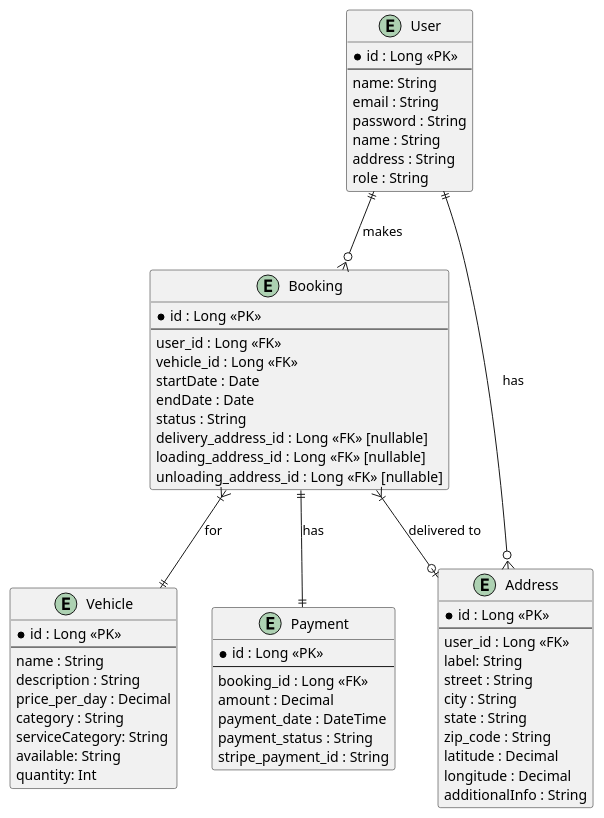
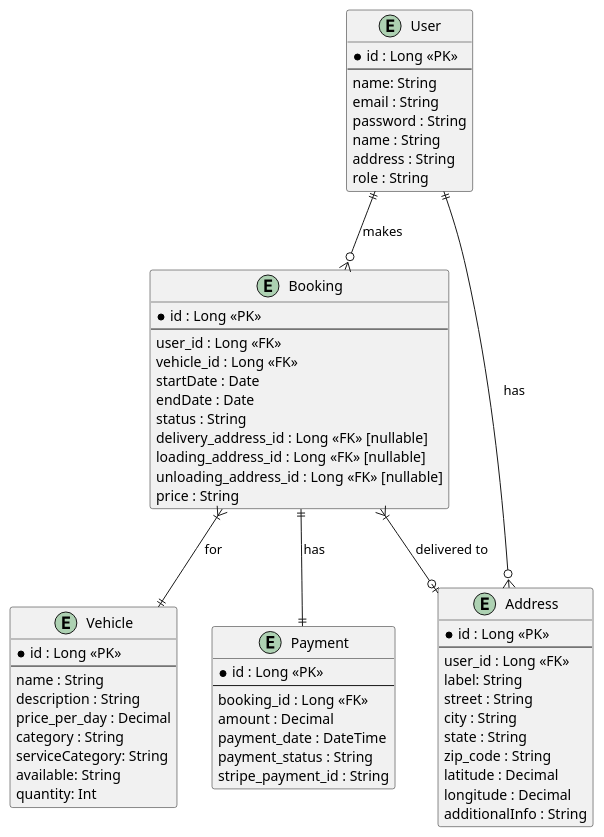
Before and after one commit to TerraNova111/transport-rental: the diagram in transport-rental-front/src/componentDiagrams/Component Diagram.puml, drawn with PlantUML. The commit also changed 24 other files, not shown here.

```diff
--- a/transport-rental-front/src/componentDiagrams/Component Diagram.puml
+++ b/transport-rental-front/src/componentDiagrams/Component Diagram.puml
@@ -1,70 +1,71 @@
 @startuml
 entity User {
   * id : Long <<PK>>
   --
   name: String
   email : String
   password : String
   name : String
   address : String
   role : String
 }
 
 entity Vehicle {
   * id : Long <<PK>>
   --
   name : String
   description : String
   price_per_day : Decimal
   category : String
   serviceCategory: String
   available: String
   quantity: Int
 }
 
 
 entity Booking {
   * id : Long <<PK>>
   --
   user_id : Long <<FK>>
   vehicle_id : Long <<FK>>
   startDate : Date
   endDate : Date
   status : String
   delivery_address_id : Long <<FK>> [nullable]
   loading_address_id : Long <<FK>> [nullable]
   unloading_address_id : Long <<FK>> [nullable]
+  price : String
 }
 
 entity Payment {
   * id : Long <<PK>>
   --
   booking_id : Long <<FK>>
   amount : Decimal
   payment_date : DateTime
   payment_status : String
   stripe_payment_id : String
 }
 
 entity Address {
   * id : Long <<PK>>
   --
   user_id : Long <<FK>>
   label: String
   street : String
   city : String
   state : String
   zip_code : String
   latitude : Decimal
   longitude : Decimal
   additionalInfo : String
 }
 
 ' Связи
+Booking }|--|| Vehicle : "for"
 User ||--o{ Booking : "makes"
-Booking }|--|| Vehicle : "for"
-Booking }|--o| Address : "delivered to"
 Booking ||--|| Payment : "has"
 User ||--o{ Address : "has"
+Booking }|--o| Address : "delivered to"
 
 @enduml
```
